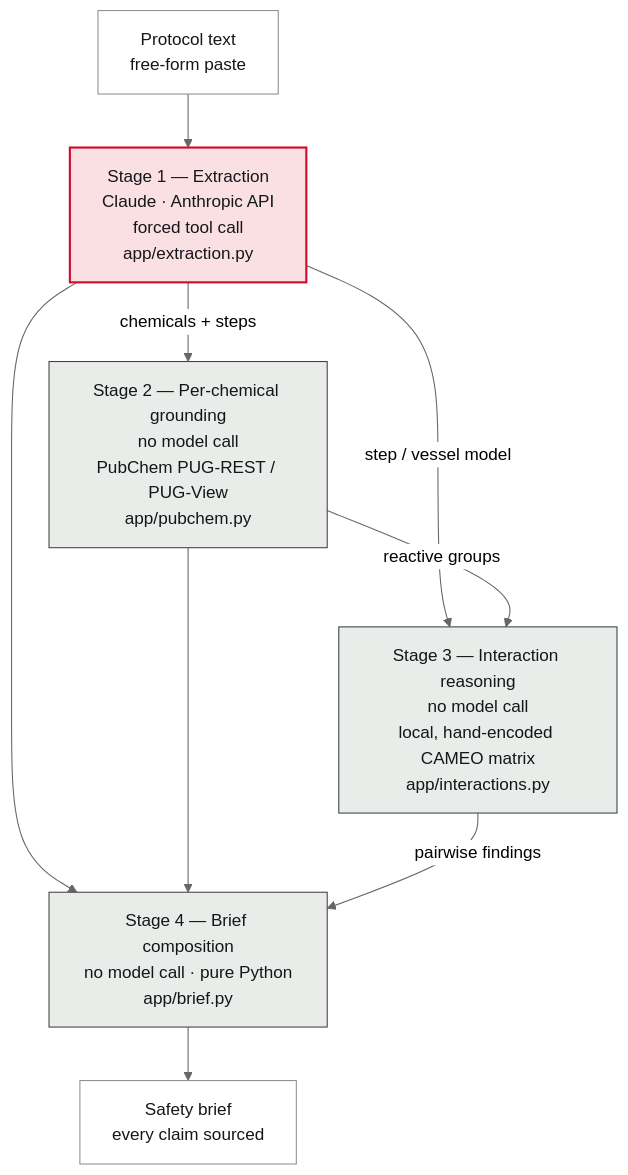
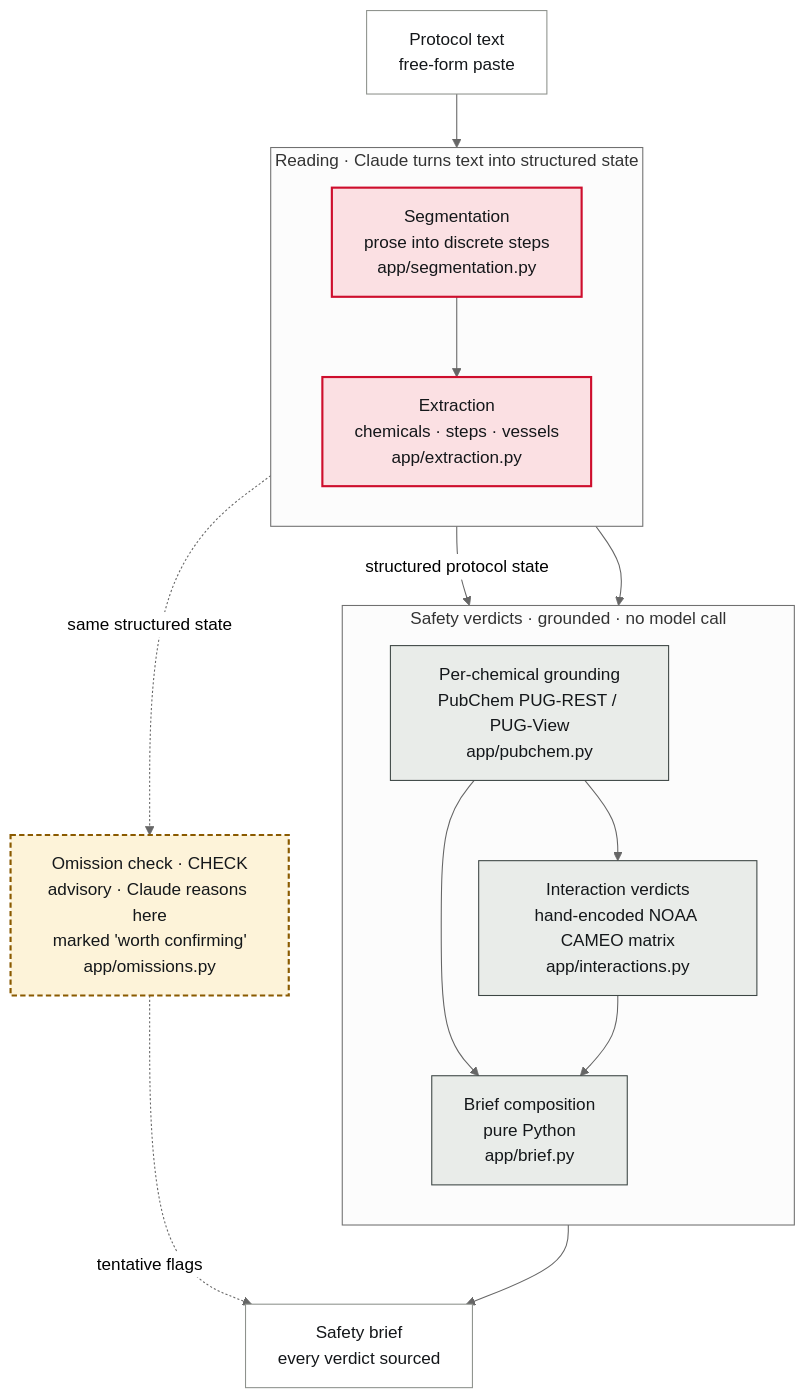
One commit to theyuvrajgupta/PreCaution changed the diagram in README.md. Above: the diagram before and after it, drawn with Mermaid (neutral theme). The commit also changed other lines of this file and 2 other files, not shown here.

````diff
--- a/README.md
+++ b/README.md
@@ -34,26 +54,39 @@
 ```mermaid
 flowchart TD
     IN["Protocol text<br/>free-form paste"] --> S1
 
-    S1["Stage 1 — Extraction<br/>Claude · Anthropic API<br/>forced tool call<br/>app/extraction.py"]
-    S2["Stage 2 — Per-chemical grounding<br/>no model call<br/>PubChem PUG-REST / PUG-View<br/>app/pubchem.py"]
-    S3["Stage 3 — Interaction reasoning<br/>no model call<br/>local, hand-encoded CAMEO matrix<br/>app/interactions.py"]
-    S4["Stage 4 — Brief composition<br/>no model call · pure Python<br/>app/brief.py"]
-    OUT["Safety brief<br/>every claim sourced"]
+    subgraph READ["Reading · Claude turns text into structured state"]
+        direction TB
+        S1["Segmentation<br/>prose into discrete steps<br/>app/segmentation.py"]
+        S2["Extraction<br/>chemicals · steps · vessels<br/>app/extraction.py"]
+        S1 --> S2
+    end
 
-    S1 -->|chemicals + steps| S2
-    S1 -->|step / vessel model| S3
-    S2 -->|reactive groups| S3
-    S1 --> S4
-    S2 --> S4
-    S3 -->|pairwise findings| S4
-    S4 --> OUT
+    subgraph CORE["Safety verdicts · grounded · no model call"]
+        direction TB
+        S3["Per-chemical grounding<br/>PubChem PUG-REST / PUG-View<br/>app/pubchem.py"]
+        S4["Interaction verdicts<br/>hand-encoded NOAA CAMEO matrix<br/>app/interactions.py"]
+        S6["Brief composition<br/>pure Python<br/>app/brief.py"]
+    end
+
+    ADV["Omission check · CHECK<br/>advisory · Claude reasons here<br/>marked 'worth confirming'<br/>app/omissions.py"]
+
+    READ -->|structured protocol state| S3
+    READ --> S4
+    S3 --> S4
+    S3 --> S6
+    S4 --> S6
+    READ -.->|same structured state| ADV
+    S6 --> OUT["Safety brief<br/>every verdict sourced"]
+    ADV -.->|tentative flags| OUT
 
     classDef claudeStage fill:#fbe0e3,stroke:#ce0e2d,stroke-width:2px,color:#14171a
     classDef groundedStage fill:#e9ece9,stroke:#3d4644,stroke-width:1px,color:#14171a
+    classDef advisoryStage fill:#fdf3d9,stroke:#8a5a00,stroke-width:2px,color:#14171a,stroke-dasharray: 5 3
     classDef endpoint fill:#ffffff,stroke:#8e928d,stroke-width:1px,color:#14171a
 
-    class S1 claudeStage
-    class S2,S3,S4 groundedStage
+    class S1,S2 claudeStage
+    class S3,S4,S6 groundedStage
+    class ADV advisoryStage
     class IN,OUT endpoint
 ```
````
